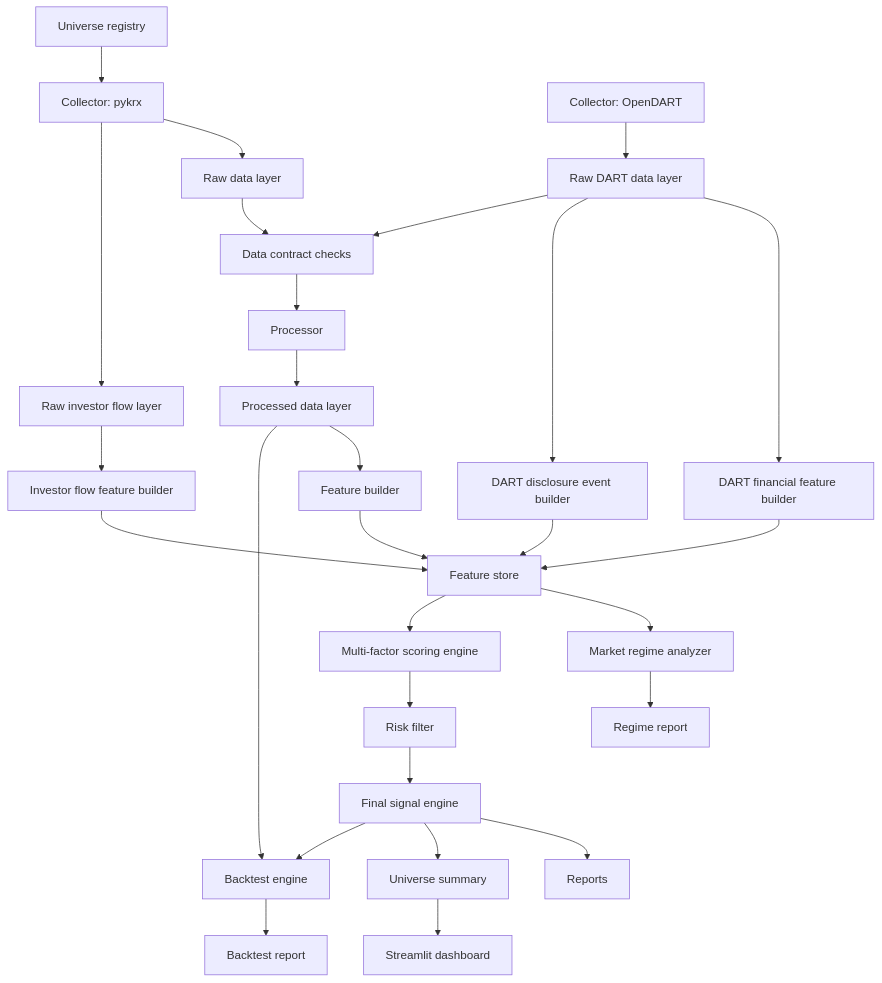
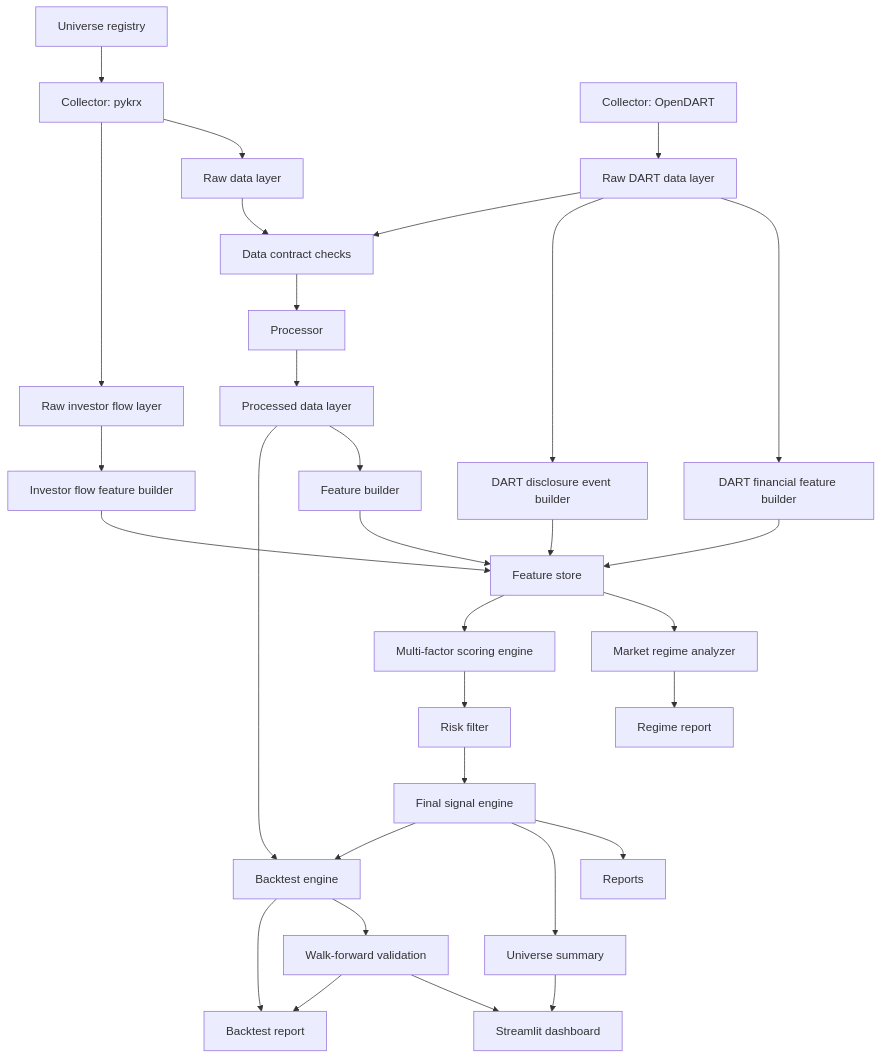
One commit to pkb0728-lgtm/krx-alpha-platform changed the diagram in docs/architecture.md. Above: the diagram before and after it, drawn with Mermaid. The commit also changed other lines of this file and 7 other files, not shown here.

Commit message:
Show walk-forward results in dashboard

````diff
--- a/docs/architecture.md
+++ b/docs/architecture.md
@@ -11,30 +11,33 @@
 ```mermaid
 flowchart TD
     U["Universe registry"] --> A
     A["Collector: pykrx"] --> B["Raw data layer"]
     A --> W["Raw investor flow layer"]
     X["Collector: OpenDART"] --> Y["Raw DART data layer"]
     Y --> Z["DART financial feature builder"]
     Y --> V["DART disclosure event builder"]
     Z --> G
     V --> G
     W --> S["Investor flow feature builder"]
     S --> G
     B --> C["Data contract checks"]
     Y --> C
     C --> D["Processor"]
     D --> E["Processed data layer"]
     E --> F["Feature builder"]
     F --> G["Feature store"]
     G --> R["Market regime analyzer"]
     G --> H["Multi-factor scoring engine"]
     H --> I["Risk filter"]
     I --> J["Final signal engine"]
     J --> K["Reports"]
     J --> L["Universe summary"]
     L --> M["Streamlit dashboard"]
     J --> N["Backtest engine"]
     E --> N
+    N --> Q["Walk-forward validation"]
     N --> O["Backtest report"]
+    Q --> M
+    Q --> O
     R --> P["Regime report"]
 ```
````
